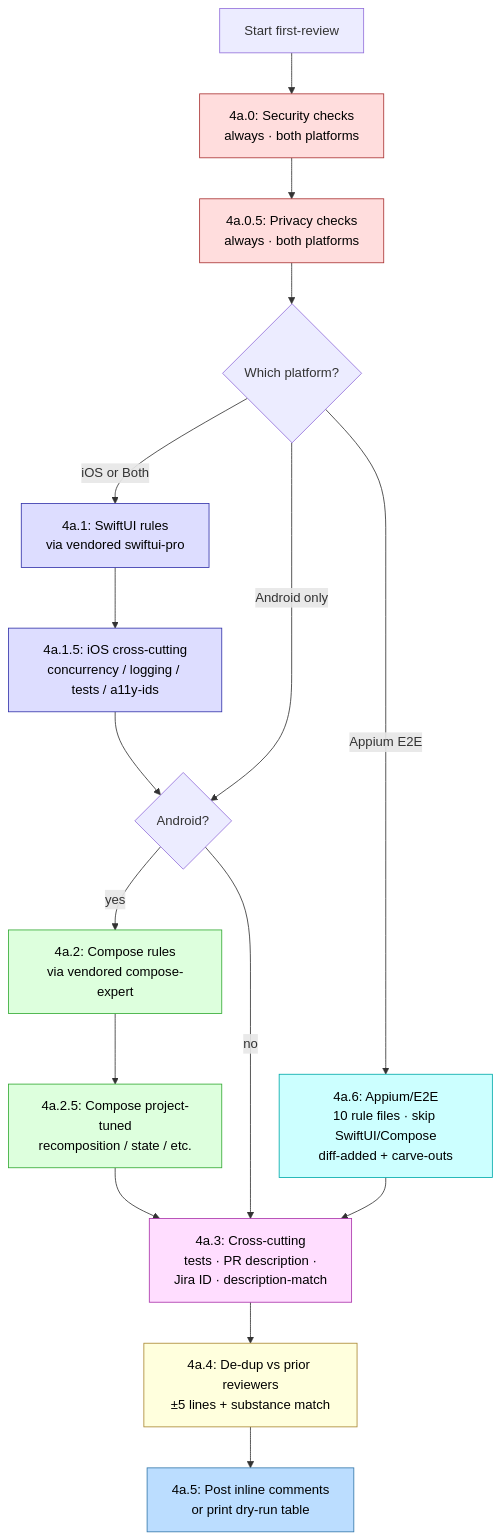
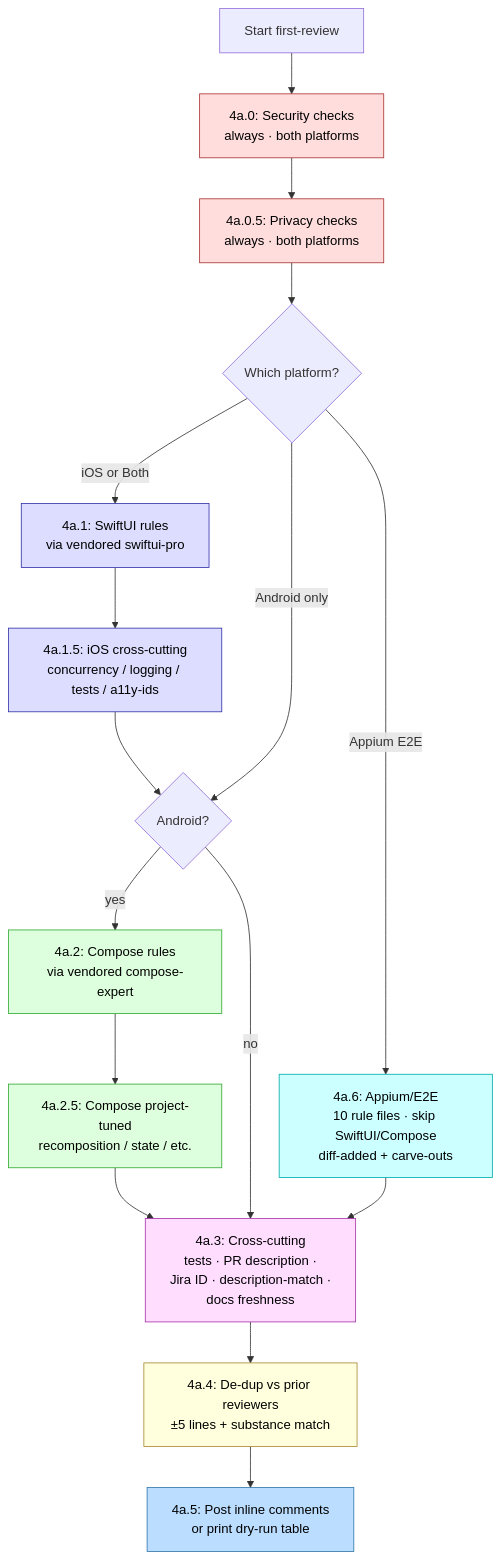
The sixth of 15 diagrams in HOW-IT-WORKS.md (pkesavangg/pr-review-skills), drawn with Mermaid before and after one commit. The commit also changed other lines of this file and 3 other files, not shown here.

````diff
--- a/HOW-IT-WORKS.md
+++ b/HOW-IT-WORKS.md
@@ -199,35 +199,35 @@
 ```mermaid
 flowchart TD
     Start[Start first-review] --> S40[4a.0: Security checks<br/>always · both platforms]
     S40 --> S405[4a.0.5: Privacy checks<br/>always · both platforms]
     S405 --> PlatBranch{Which platform?}
 
     PlatBranch -- iOS or Both --> S41[4a.1: SwiftUI rules<br/>via vendored swiftui-pro]
     S41 --> S415[4a.1.5: iOS cross-cutting<br/>concurrency / logging / tests / a11y-ids]
     S415 --> AndroidGate
 
     PlatBranch -- Android only --> AndroidGate{Android?}
     AndroidGate -- yes --> S42[4a.2: Compose rules<br/>via vendored compose-expert]
     S42 --> S425[4a.2.5: Compose project-tuned<br/>recomposition / state / etc.]
     S425 --> S43
 
     AndroidGate -- no --> S43
 
     PlatBranch -- Appium E2E --> S46[4a.6: Appium/E2E<br/>10 rule files · skip SwiftUI/Compose<br/>diff-added + carve-outs]
     S46 --> S43
 
-    S43[4a.3: Cross-cutting<br/>tests · PR description ·<br/>Jira ID · description-match]
+    S43[4a.3: Cross-cutting<br/>tests · PR description ·<br/>Jira ID · description-match ·<br/>docs freshness]
     S43 --> S44[4a.4: De-dup vs prior reviewers<br/>±5 lines + substance match]
     S44 --> S45[4a.5: Post inline comments<br/>or print dry-run table]
 
     style S40 fill:#fdd,stroke:#a33,color:#000
     style S405 fill:#fdd,stroke:#a33,color:#000
     style S41 fill:#ddf,stroke:#33a,color:#000
     style S415 fill:#ddf,stroke:#33a,color:#000
     style S42 fill:#dfd,stroke:#3a3,color:#000
     style S425 fill:#dfd,stroke:#3a3,color:#000
     style S46 fill:#cff,stroke:#0aa,color:#000
     style S43 fill:#fdf,stroke:#a3a,color:#000
     style S44 fill:#ffd,stroke:#a83,color:#000
     style S45 fill:#bdf,stroke:#37a,color:#000
 ```
````
